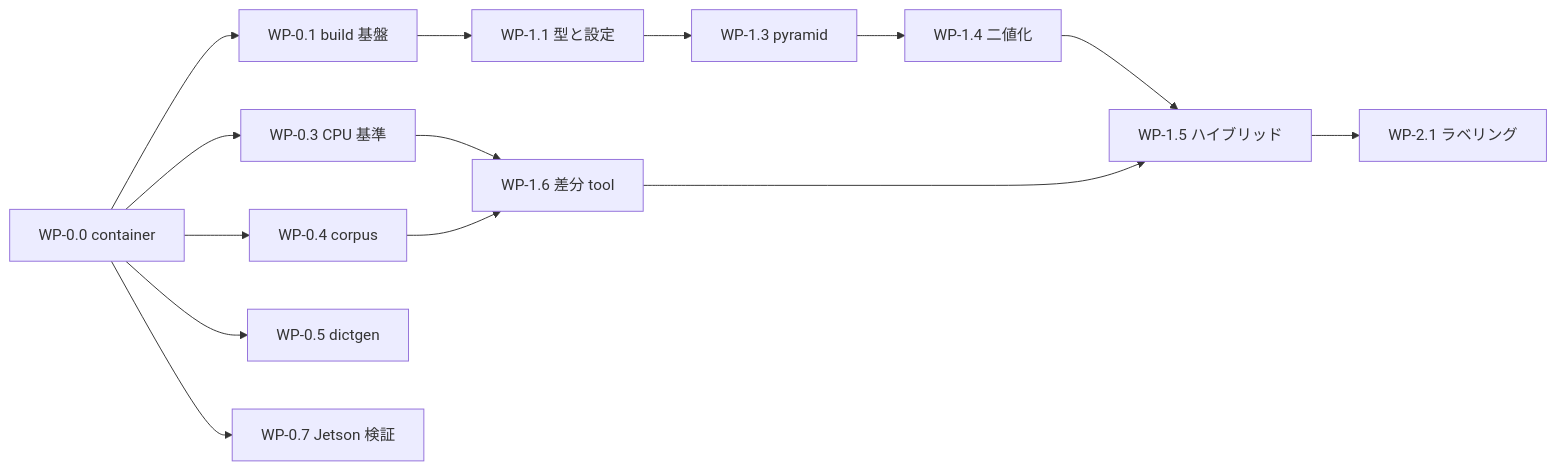
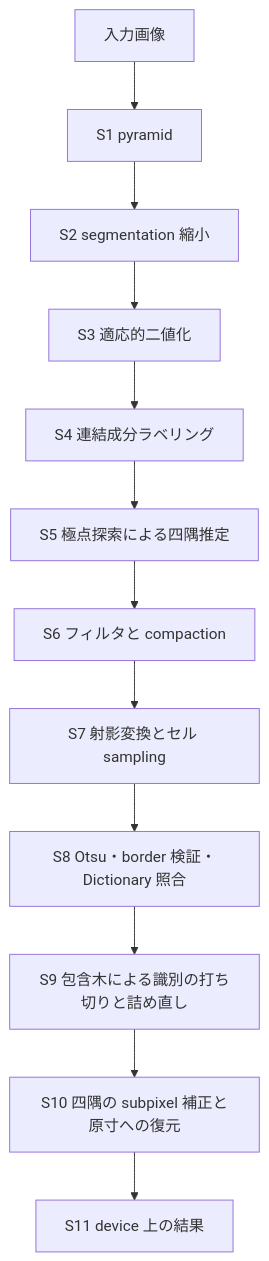
The diagram in docs/implementation-plan.md (MasakazuTobeta/ArUco3-CUDA), drawn with Mermaid before and after one commit. The commit also changed other lines of this file and 55 other files, not shown here.

````diff
--- a/docs/implementation-plan.md
+++ b/docs/implementation-plan.md
@@ -564,16 +34,14 @@
 ```mermaid
-flowchart LR
-    W00["WP-0.0 container"] --> W01["WP-0.1 build 基盤"]
-    W00 --> W03["WP-0.3 CPU 基準"]
-    W00 --> W04["WP-0.4 corpus"]
-    W00 --> W05["WP-0.5 dictgen"]
-    W00 --> W07["WP-0.7 Jetson 検証"]
-    W01 --> W11["WP-1.1 型と設定"]
-    W03 --> W16["WP-1.6 差分 tool"]
-    W04 --> W16
-    W11 --> W13["WP-1.3 pyramid"]
-    W13 --> W14["WP-1.4 二値化"]
-    W14 --> W15["WP-1.5 ハイブリッド"]
-    W16 --> W15
-    W15 --> W21["WP-2.1 ラベリング"]
+flowchart TD
+    IN["入力画像"] --> S1["S1 pyramid"]
+    S1 --> S2["S2 segmentation 縮小"]
+    S2 --> S3["S3 適応的二値化"]
+    S3 --> S4["S4 連結成分ラベリング"]
+    S4 --> S5["S5 極点探索による四隅推定"]
+    S5 --> S6["S6 フィルタと compaction"]
+    S6 --> S7["S7 射影変換とセル sampling"]
+    S7 --> S8["S8 Otsu・border 検証・Dictionary 照合"]
+    S8 --> S9["S9 包含木による識別の打ち切りと詰め直し"]
+    S9 --> S10["S10 四隅の subpixel 補正と原寸への復元"]
+    S10 --> S11["S11 device 上の結果"]
 ```
````
